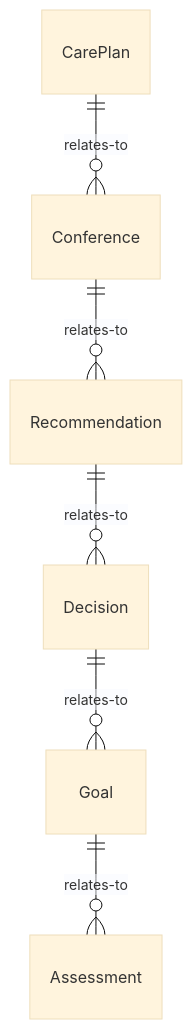
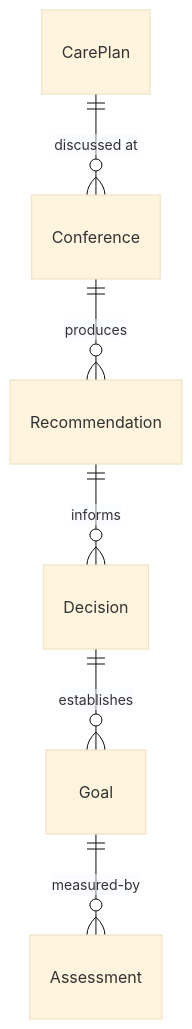
One commit to dot-org-ai/tasks.org.ai changed the first of 4 diagrams in CommunicatingWithSupervisorsPeersOrSubordinates/ConferWithHealthcareOrOtherProfessionalsAboutPatientCare/ConferProfessionalsPlanPatientCare.mdx. Above: the diagram before and after it, drawn with Mermaid (base theme). The commit also changed other lines of this file and 515 other files, not shown here.

````diff
--- a/CommunicatingWithSupervisorsPeersOrSubordinates/ConferWithHealthcareOrOtherProfessionalsAboutPatientCare/ConferProfessionalsPlanPatientCare.mdx
+++ b/CommunicatingWithSupervisorsPeersOrSubordinates/ConferWithHealthcareOrOtherProfessionalsAboutPatientCare/ConferProfessionalsPlanPatientCare.mdx
@@ -88,8 +88,8 @@
 ```mermaid
 erDiagram
-    CarePlan ||--o{ Conference : relates-to
-    Conference ||--o{ Recommendation : relates-to
-    Recommendation ||--o{ Decision : relates-to
-    Decision ||--o{ Goal : relates-to
-    Goal ||--o{ Assessment : relates-to
+    CarePlan ||--o{ Conference : "discussed at"
+    Conference ||--o{ Recommendation : produces
+    Recommendation ||--o{ Decision : informs
+    Decision ||--o{ Goal : establishes
+    Goal ||--o{ Assessment : measured-by
 ```
````
